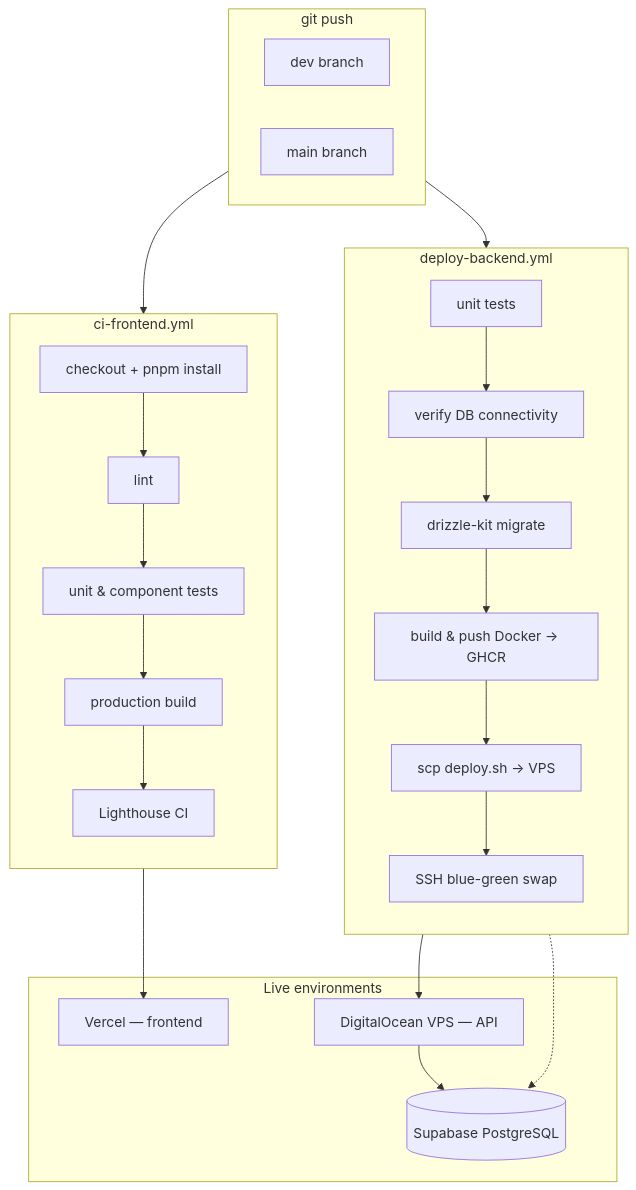
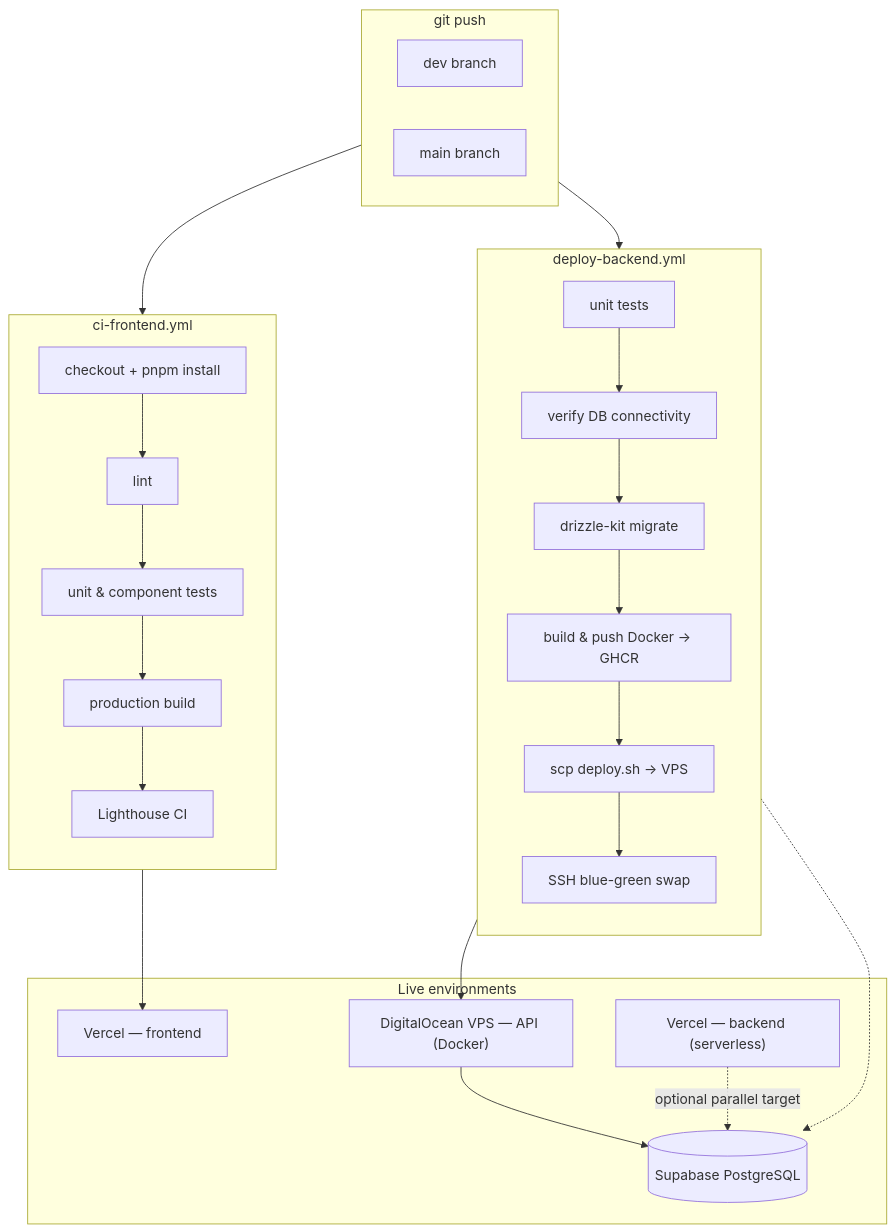
One commit to hemants1703/AmbitiousYou changed the third of 5 diagrams in README.md. Above: the diagram before and after it, drawn with Mermaid. The commit also changed other lines of this file and 9 other files, not shown here.

First line of the commit message:
Enable dual-deploy backend: Vercel serverless now, VPS Docker unchanged

````diff
--- a/README.md
+++ b/README.md
@@ -198,41 +198,43 @@
 ```mermaid
 flowchart TB
     subgraph PUSH["git push"]
         DEV["dev branch"]
         MAIN["main branch"]
     end
 
     subgraph FE_CI["ci-frontend.yml"]
         direction TB
         FE1["checkout + pnpm install"]
         FE2["lint"]
         FE3["unit & component tests"]
         FE4["production build"]
         FE5["Lighthouse CI"]
         FE1 --> FE2 --> FE3 --> FE4 --> FE5
     end
 
     subgraph BE_CI["deploy-backend.yml"]
         direction TB
         BE1["unit tests"]
         BE2["verify DB connectivity"]
         BE3["drizzle-kit migrate"]
         BE4["build & push Docker → GHCR"]
         BE5["scp deploy.sh → VPS"]
         BE6["SSH blue-green swap"]
         BE1 --> BE2 --> BE3 --> BE4 --> BE5 --> BE6
     end
 
     subgraph DEPLOY["Live environments"]
-        VERCEL["Vercel — frontend"]
-        VPS["DigitalOcean VPS — API"]
+        VERCEL_FE["Vercel — frontend"]
+        VERCEL_BE["Vercel — backend (serverless)"]
+        VPS["DigitalOcean VPS — API (Docker)"]
         SUPA[("Supabase PostgreSQL")]
     end
 
     PUSH --> FE_CI
     PUSH --> BE_CI
-    FE5 --> VERCEL
+    FE5 --> VERCEL_FE
     BE6 --> VPS
     BE3 -.-> SUPA
     VPS --> SUPA
+    VERCEL_BE -.->|"optional parallel target"| SUPA
 ```
````
